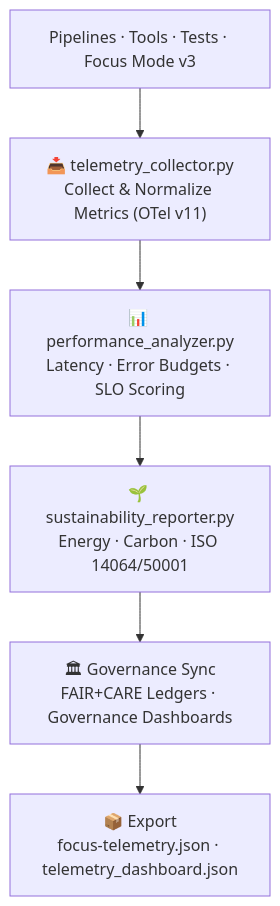
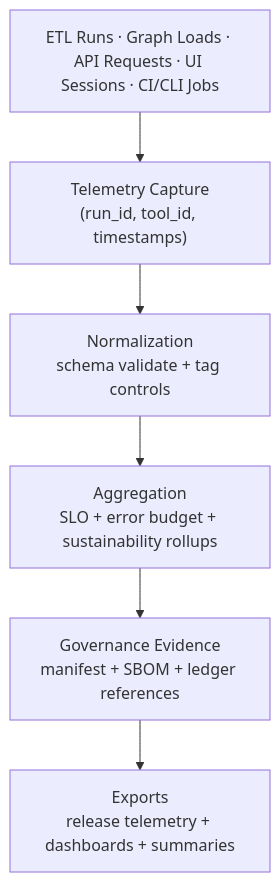
Before and after one commit to bartytime4life/Kansas-Frontier-Matrix: the first of 2 diagrams in tools/telemetry/README.md, drawn with Mermaid. The commit also changed other lines of this file, not shown here.

````diff
--- a/tools/telemetry/README.md
+++ b/tools/telemetry/README.md
@@ -153,9 +196,9 @@
-```mermaid
+~~~mermaid
 flowchart TD
-  A["Pipelines · Tools · Tests · Focus Mode v3"]
-    --> B["📥 telemetry_collector.py\nCollect & Normalize Metrics (OTel v11)"]
-  B --> C["📊 performance_analyzer.py\nLatency · Error Budgets · SLO Scoring"]
-  C --> D["🌱 sustainability_reporter.py\nEnergy · Carbon · ISO 14064/50001"]
-  D --> E["🏛 Governance Sync\nFAIR+CARE Ledgers · Governance Dashboards"]
-  E --> F["📦 Export\nfocus-telemetry.json · telemetry_dashboard.json"]
-```
+  A["ETL Runs · Graph Loads · API Requests · UI Sessions · CI/CLI Jobs"]
+    --> B["Telemetry Capture\n(run_id, tool_id, timestamps)"]
+  B --> C["Normalization\nschema validate + tag controls"]
+  C --> D["Aggregation\nSLO + error budget + sustainability rollups"]
+  D --> E["Governance Evidence\nmanifest + SBOM + ledger references"]
+  E --> F["Exports\nrelease telemetry + dashboards + summaries"]
+~~~
````
